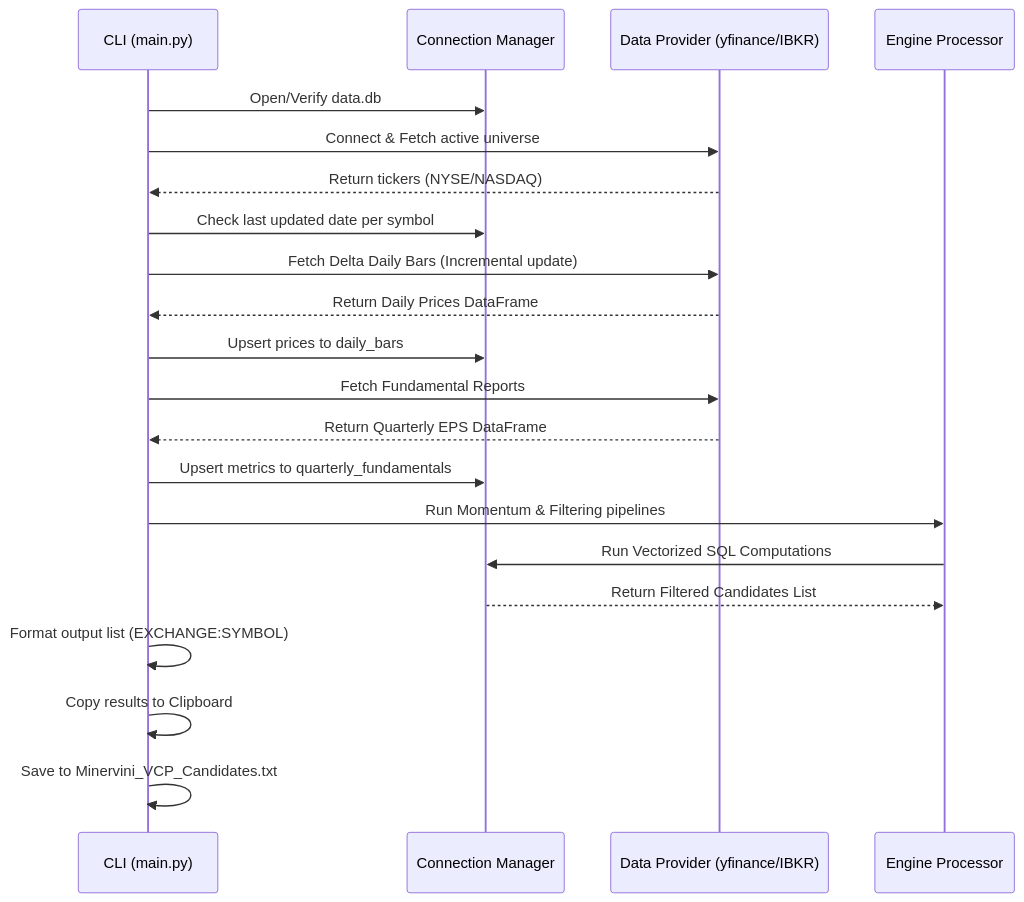
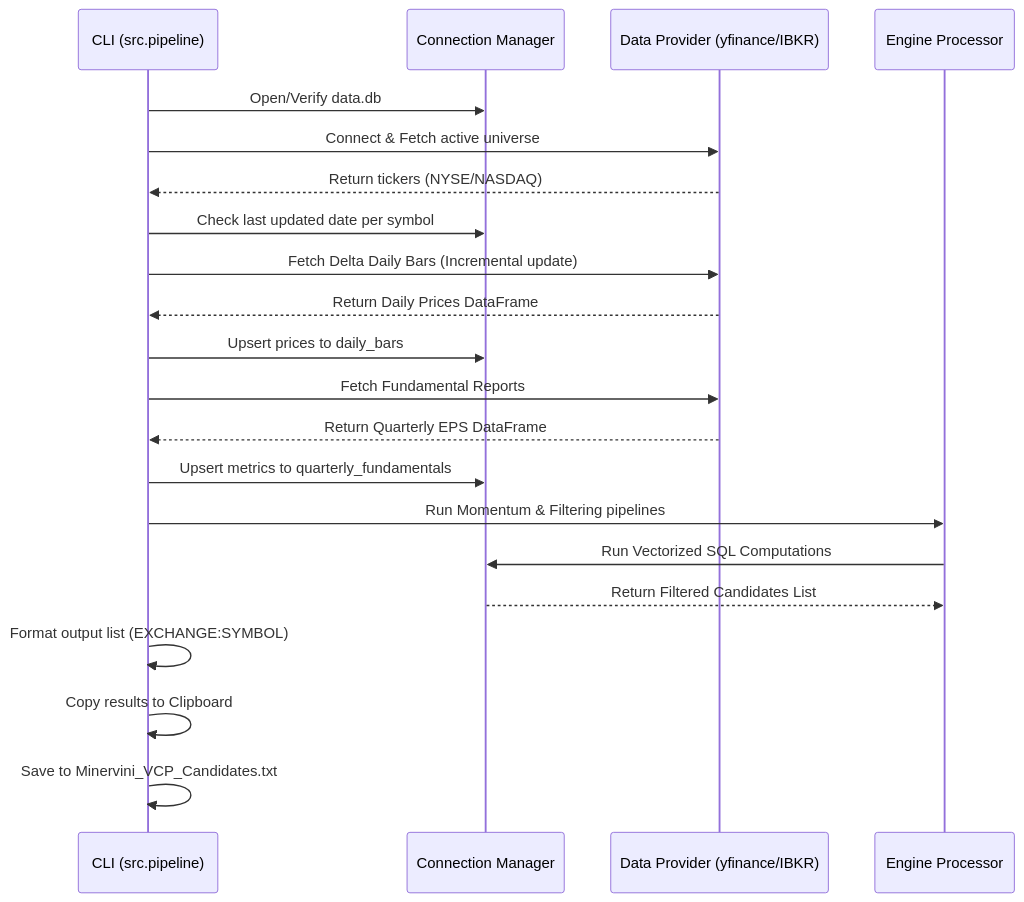
The diagram in docs/design.md (linli2016/pivottrader), drawn with Mermaid before and after one commit. The commit also changed other lines of this file and 22 other files, not shown here.

````diff
--- a/docs/design.md
+++ b/docs/design.md
@@ -217,29 +217,29 @@
 ```mermaid
 sequenceDiagram
-    participant CLI as CLI (main.py)
+    participant CLI as CLI (src.pipeline)
     participant DB as Connection Manager
     participant Prov as Data Provider (yfinance/IBKR)
     participant Eng as Engine Processor
     
     CLI->>DB: Open/Verify data.db
     CLI->>Prov: Connect & Fetch active universe
     Prov-->>CLI: Return tickers (NYSE/NASDAQ)
     
     CLI->>DB: Check last updated date per symbol
     
     CLI->>Prov: Fetch Delta Daily Bars (Incremental update)
     Prov-->>CLI: Return Daily Prices DataFrame
     CLI->>DB: Upsert prices to daily_bars
     
     CLI->>Prov: Fetch Fundamental Reports
     Prov-->>CLI: Return Quarterly EPS DataFrame
     CLI->>DB: Upsert metrics to quarterly_fundamentals
     
     CLI->>Eng: Run Momentum & Filtering pipelines
     Eng->>DB: Run Vectorized SQL Computations
     DB-->>Eng: Return Filtered Candidates List
     
     CLI->>CLI: Format output list (EXCHANGE:SYMBOL)
     CLI->>CLI: Copy results to Clipboard
     CLI->>CLI: Save to Minervini_VCP_Candidates.txt
 ```
````
